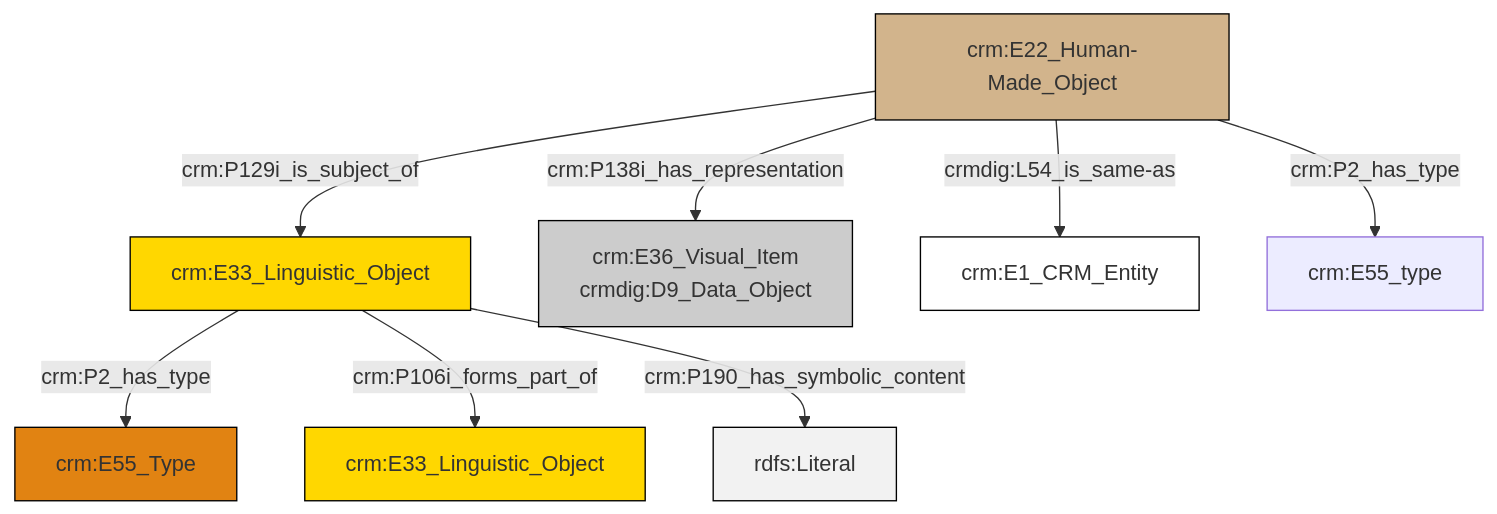
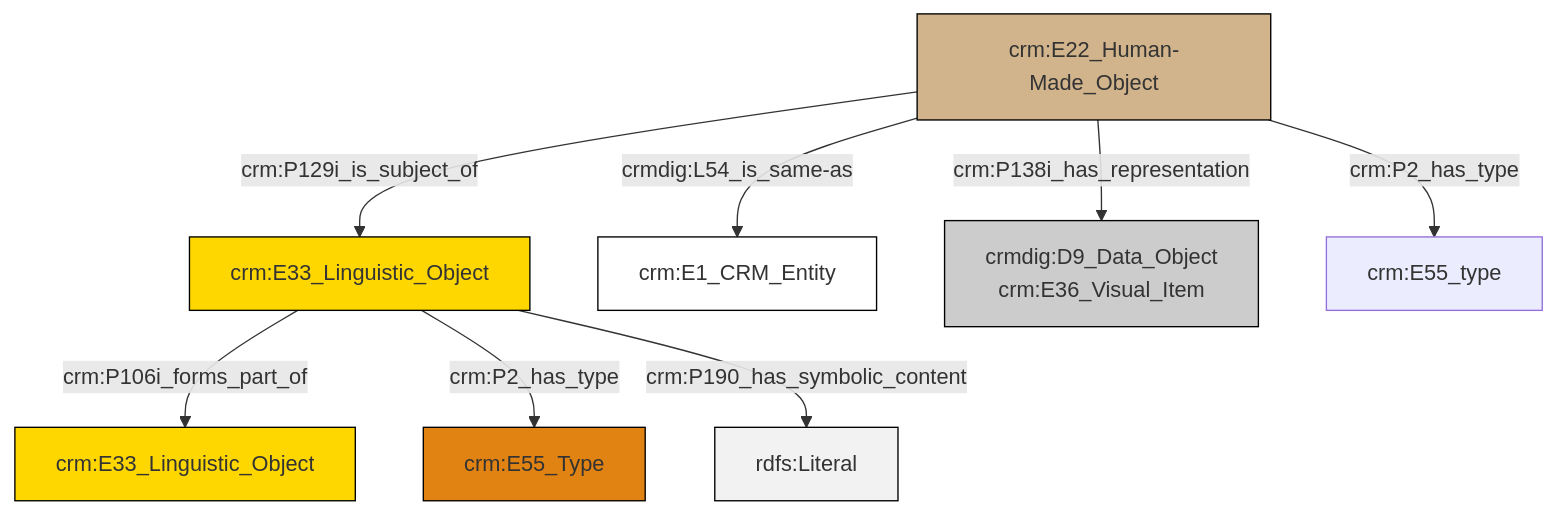
Before and after one commit to swiss-art-research-net/docs.swissartresearch: the diagram in et/artworkCSV/ttl/mmd/Artwork_Documentation.ttl.mmd, drawn with Mermaid. The commit also changed 173 other files, not shown here.

```diff
--- a/et/artworkCSV/ttl/mmd/Artwork_Documentation.ttl.mmd
+++ b/et/artworkCSV/ttl/mmd/Artwork_Documentation.ttl.mmd
@@ -1,22 +1,22 @@
 graph TD
 classDef Literal fill:#f2f2f2,stroke:#000000;
 classDef CRM_Entity fill:#FFFFFF,stroke:#000000;
 classDef Temporal_Entity fill:#00C9E6, stroke:#000000;
 classDef Type fill:#E18312, stroke:#000000;
 classDef Time-Span fill:#2C9C91, stroke:#000000;
 classDef Appellation fill:#FFEB7F, stroke:#000000;
 classDef Place fill:#008836, stroke:#000000;
 classDef Persistent_Item fill:#B266B2, stroke:#000000;
 classDef Conceptual_Object fill:#FFD700, stroke:#000000;
 classDef Physical_Thing fill:#D2B48C, stroke:#000000;
 classDef Actor fill:#f58aad, stroke:#000000;
 classDef PC_Classes fill:#4ce600, stroke:#000000;
 classDef Multi fill:#cccccc,stroke:#000000;
 
-0["crm:E33_Linguistic_Object"]:::Conceptual_Object -->|crm:P2_has_type| 1["crm:E55_Type"]:::Type
-5["crm:E22_Human-Made_Object"]:::Physical_Thing -->|crm:P129i_is_subject_of| 0["crm:E33_Linguistic_Object"]:::Conceptual_Object
-5["crm:E22_Human-Made_Object"]:::Physical_Thing -->|crmdig:L54_is_same-as| 7["crm:E1_CRM_Entity"]:::CRM_Entity
-5["crm:E22_Human-Made_Object"]:::Physical_Thing -->|crm:P138i_has_representation| 3["crm:E36_Visual_Item<br>crmdig:D9_Data_Object"]:::Multi
-0["crm:E33_Linguistic_Object"]:::Conceptual_Object -->|crm:P106i_forms_part_of| 8["crm:E33_Linguistic_Object"]:::Conceptual_Object
-5["crm:E22_Human-Made_Object"]:::Physical_Thing -->|crm:P2_has_type| 9["crm:E55_type"]:::Default
-0["crm:E33_Linguistic_Object"]:::Conceptual_Object -->|crm:P190_has_symbolic_content| 15[rdfs:Literal]:::Literal
+2["crm:E33_Linguistic_Object"]:::Conceptual_Object -->|crm:P106i_forms_part_of| 3["crm:E33_Linguistic_Object"]:::Conceptual_Object
+4["crm:E22_Human-Made_Object"]:::Physical_Thing -->|crmdig:L54_is_same-as| 5["crm:E1_CRM_Entity"]:::CRM_Entity
+4["crm:E22_Human-Made_Object"]:::Physical_Thing -->|crm:P138i_has_representation| 6["crmdig:D9_Data_Object<br>crm:E36_Visual_Item"]:::Multi
+2["crm:E33_Linguistic_Object"]:::Conceptual_Object -->|crm:P2_has_type| 0["crm:E55_Type"]:::Type
+4["crm:E22_Human-Made_Object"]:::Physical_Thing -->|crm:P2_has_type| 12["crm:E55_type"]:::Default
+2["crm:E33_Linguistic_Object"]:::Conceptual_Object -->|crm:P190_has_symbolic_content| 14[rdfs:Literal]:::Literal
+4["crm:E22_Human-Made_Object"]:::Physical_Thing -->|crm:P129i_is_subject_of| 2["crm:E33_Linguistic_Object"]:::Conceptual_Object
```
